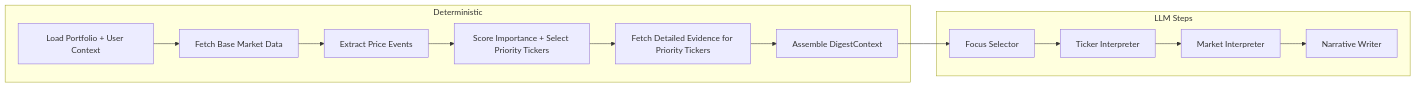
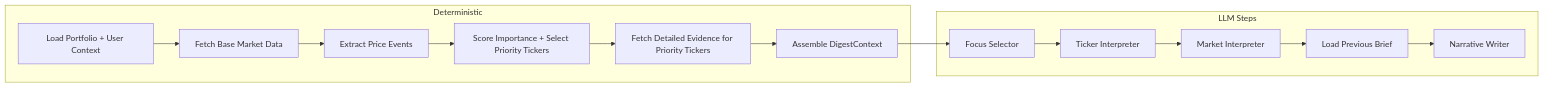
The diagram in docs/plans/daily_digest_workflow_agentic.md (kourgeorge/flowdeck), drawn with Mermaid before and after one commit. The commit also changed other lines of this file and 5 other files, not shown here.

````diff
--- a/docs/plans/daily_digest_workflow_agentic.md
+++ b/docs/plans/daily_digest_workflow_agentic.md
@@ -16,19 +16,20 @@
 ```mermaid
 flowchart LR
   subgraph deterministic [Deterministic]
     A[Load Portfolio + User Context]
     B[Fetch Base Market Data]
     C[Extract Price Events]
     D[Score Importance + Select Priority Tickers]
     E[Fetch Detailed Evidence for Priority Tickers]
     F[Assemble DigestContext]
   end
   subgraph agents [LLM Steps]
     G[Focus Selector]
     H[Ticker Interpreter]
     I[Market Interpreter]
+    P[Load Previous Brief]
     J[Narrative Writer]
   end
 
-  A --> B --> C --> D --> E --> F --> G --> H --> I --> J
+  A --> B --> C --> D --> E --> F --> G --> H --> I --> P --> J
 ```
````
